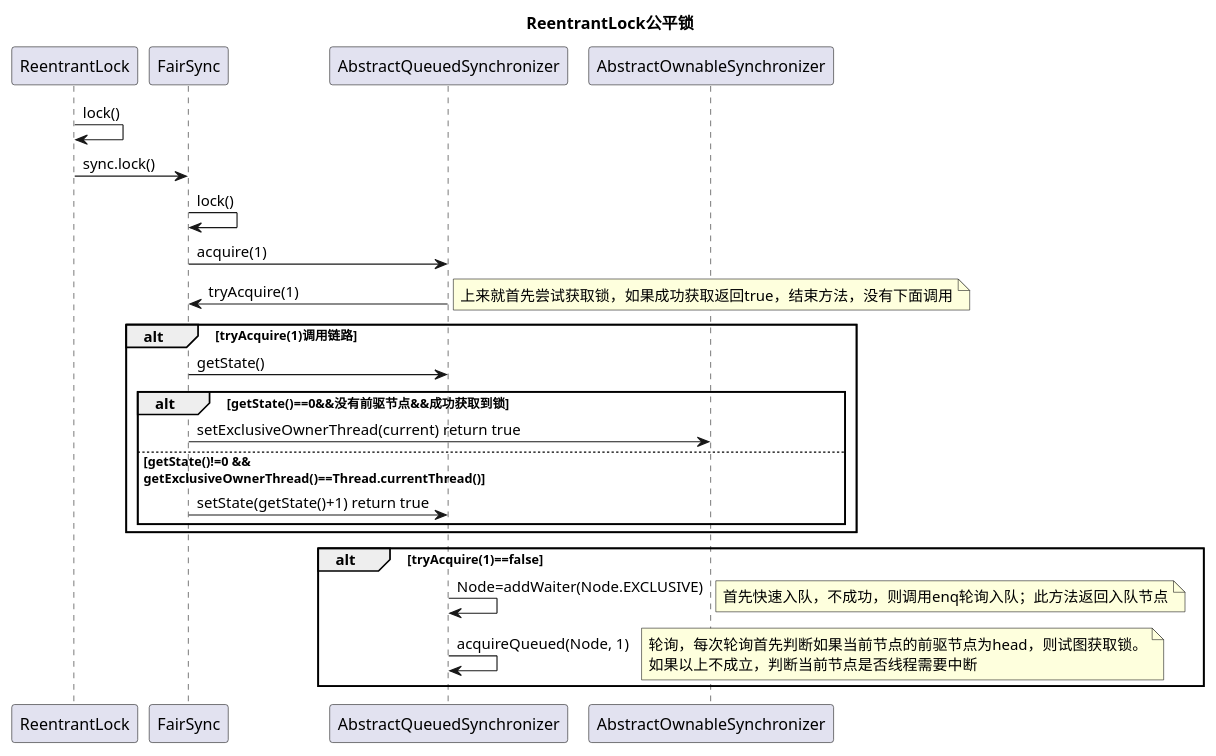
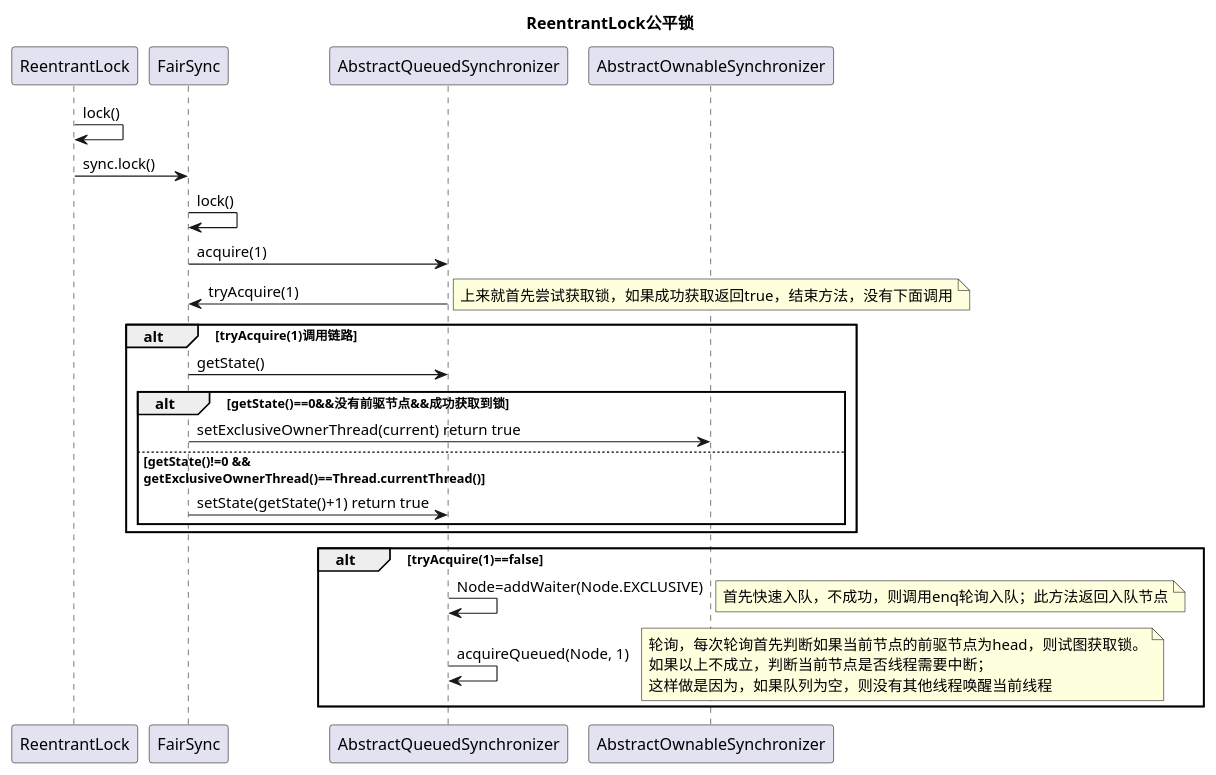
The diagram in uml/AQS/ReentrantLock.puml (newbigTech/myDesignPattern), drawn with PlantUML before and after one commit.

Commit message:
code commit

```diff
--- a/uml/AQS/ReentrantLock.puml
+++ b/uml/AQS/ReentrantLock.puml
@@ -1,28 +1,29 @@
 @startuml
 participant "ReentrantLock" as ReentrantLock
 participant "FairSync" as FairSync
 participant "AbstractQueuedSynchronizer" as AbstractQueuedSynchronizer
 participant "AbstractOwnableSynchronizer" as AbstractOwnableSynchronizer
 title ReentrantLock公平锁
 ReentrantLock -> ReentrantLock: lock()
 ReentrantLock -> FairSync: sync.lock()
 FairSync -> FairSync: lock()
 FairSync -> AbstractQueuedSynchronizer: acquire(1)
 AbstractQueuedSynchronizer -> FairSync: tryAcquire(1)
 note right:上来就首先尝试获取锁，如果成功获取返回true，结束方法，没有下面调用
 alt tryAcquire(1)调用链路
     FairSync -> AbstractQueuedSynchronizer: getState()
     alt getState()==0&&没有前驱节点&&成功获取到锁
         FairSync-> AbstractOwnableSynchronizer:setExclusiveOwnerThread(current) return true
     else getState()!=0 && \ngetExclusiveOwnerThread()==Thread.currentThread()
     FairSync -> AbstractQueuedSynchronizer: setState(getState()+1) return true
     end
 end
 
 alt tryAcquire(1)==false
     AbstractQueuedSynchronizer->AbstractQueuedSynchronizer:Node=addWaiter(Node.EXCLUSIVE)
     note right:首先快速入队，不成功，则调用enq轮询入队；此方法返回入队节点
     AbstractQueuedSynchronizer->AbstractQueuedSynchronizer:acquireQueued(Node, 1)
-    note right:轮询，每次轮询首先判断如果当前节点的前驱节点为head，则试图获取锁。\n如果以上不成立，判断当前节点是否线程需要中断
+    note right:轮询，每次轮询首先判断如果当前节点的前驱节点为head，则试图获取锁。\n如果以上不成立，判断当前节点是否线程需要中断；\n这样做是因为，如果队列为空，则没有其他线程唤醒当前线程
+
 end
 @enduml
```
